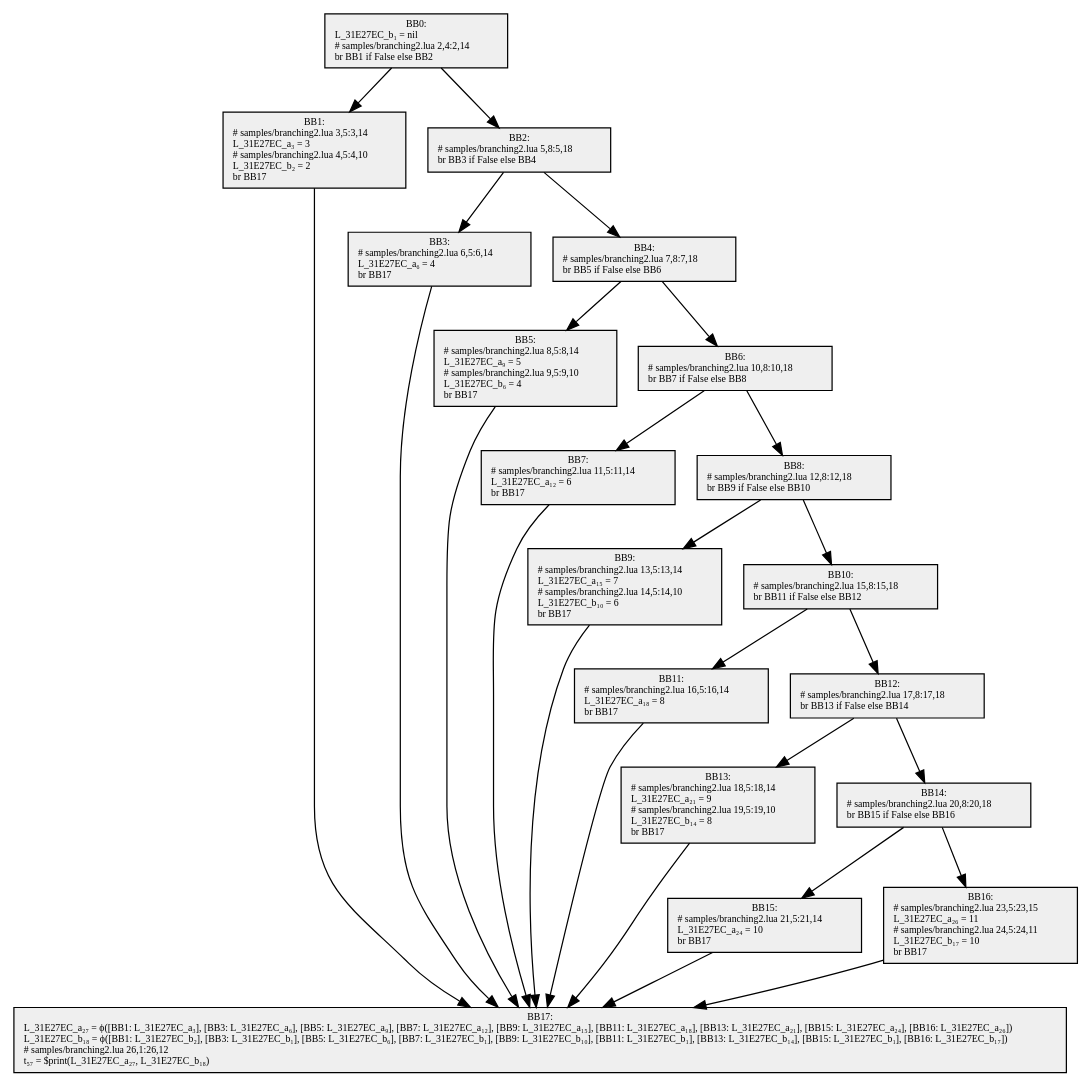
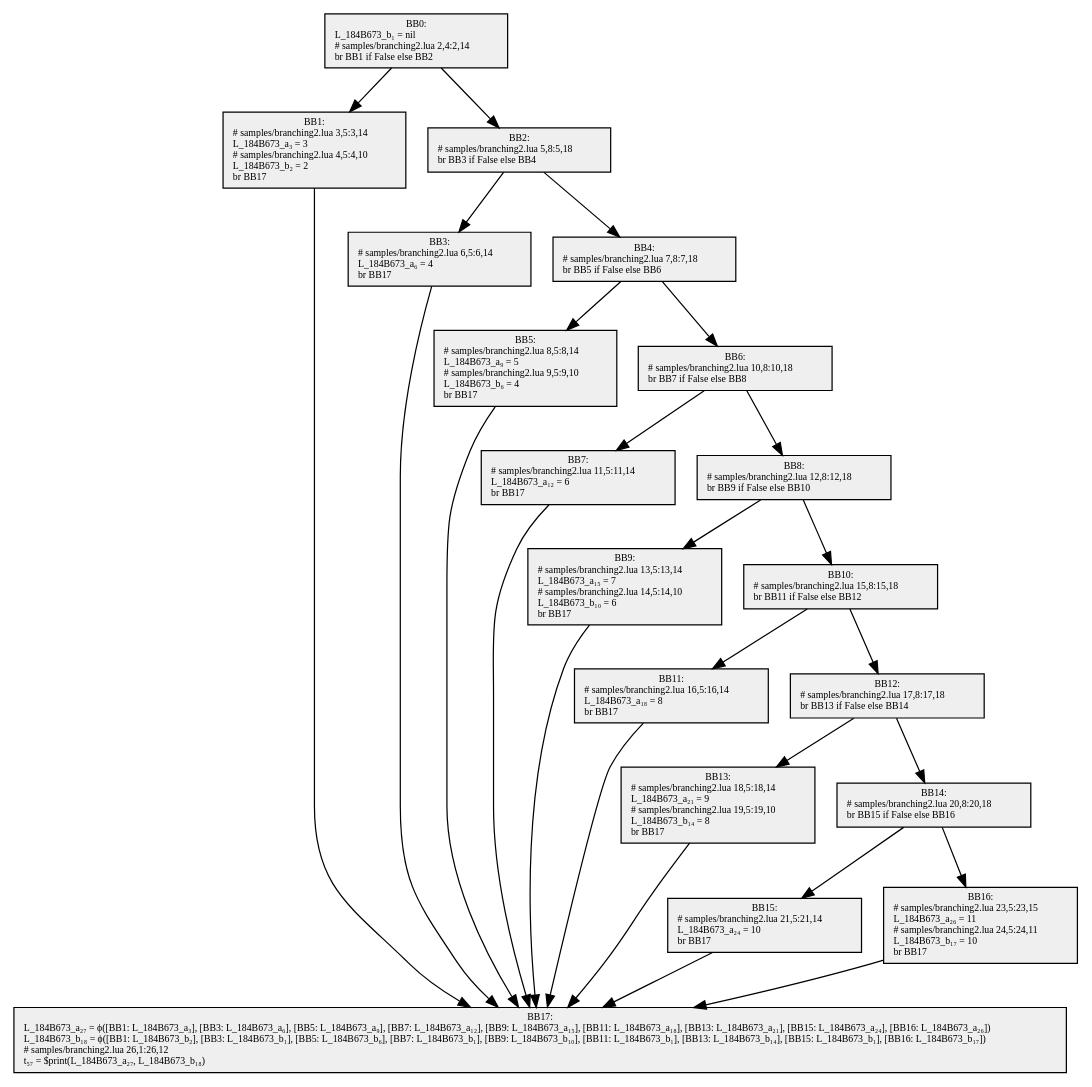
Before and after one commit to GGG-KILLER/SimpleCompiler: the diagram in src/SimpleCompiler.Cli/samples/obj/branching2.2.dot, drawn with Graphviz. The commit also changed 28 other files, not shown here.

```diff
--- a/src/SimpleCompiler.Cli/samples/obj/branching2.2.dot
+++ b/src/SimpleCompiler.Cli/samples/obj/branching2.2.dot
@@ -1,47 +1,47 @@
 digraph {
   node[shape=box style=filled fontsize=8 fontname="Cascadia Code" fillcolor="#efefef"];
-  BB0 [label="BB0:\nL_31E27EC_b₁ = nil\l# samples/branching2.lua 2,4:2,14\lbr BB1 if False else BB2\l"];
-  BB1 [label="BB1:\n# samples/branching2.lua 3,5:3,14\lL_31E27EC_a₃ = 3\l# samples/branching2.lua 4,5:4,10\lL_31E27EC_b₂ = 2\lbr BB17\l"];
+  BB0 [label="BB0:\nL_184B673_b₁ = nil\l# samples/branching2.lua 2,4:2,14\lbr BB1 if False else BB2\l"];
+  BB1 [label="BB1:\n# samples/branching2.lua 3,5:3,14\lL_184B673_a₃ = 3\l# samples/branching2.lua 4,5:4,10\lL_184B673_b₂ = 2\lbr BB17\l"];
   BB2 [label="BB2:\n# samples/branching2.lua 5,8:5,18\lbr BB3 if False else BB4\l"];
-  BB3 [label="BB3:\n# samples/branching2.lua 6,5:6,14\lL_31E27EC_a₆ = 4\lbr BB17\l"];
+  BB3 [label="BB3:\n# samples/branching2.lua 6,5:6,14\lL_184B673_a₆ = 4\lbr BB17\l"];
   BB4 [label="BB4:\n# samples/branching2.lua 7,8:7,18\lbr BB5 if False else BB6\l"];
-  BB5 [label="BB5:\n# samples/branching2.lua 8,5:8,14\lL_31E27EC_a₉ = 5\l# samples/branching2.lua 9,5:9,10\lL_31E27EC_b₆ = 4\lbr BB17\l"];
+  BB5 [label="BB5:\n# samples/branching2.lua 8,5:8,14\lL_184B673_a₉ = 5\l# samples/branching2.lua 9,5:9,10\lL_184B673_b₆ = 4\lbr BB17\l"];
   BB6 [label="BB6:\n# samples/branching2.lua 10,8:10,18\lbr BB7 if False else BB8\l"];
-  BB7 [label="BB7:\n# samples/branching2.lua 11,5:11,14\lL_31E27EC_a₁₂ = 6\lbr BB17\l"];
+  BB7 [label="BB7:\n# samples/branching2.lua 11,5:11,14\lL_184B673_a₁₂ = 6\lbr BB17\l"];
   BB8 [label="BB8:\n# samples/branching2.lua 12,8:12,18\lbr BB9 if False else BB10\l"];
-  BB9 [label="BB9:\n# samples/branching2.lua 13,5:13,14\lL_31E27EC_a₁₅ = 7\l# samples/branching2.lua 14,5:14,10\lL_31E27EC_b₁₀ = 6\lbr BB17\l"];
+  BB9 [label="BB9:\n# samples/branching2.lua 13,5:13,14\lL_184B673_a₁₅ = 7\l# samples/branching2.lua 14,5:14,10\lL_184B673_b₁₀ = 6\lbr BB17\l"];
   BB10 [label="BB10:\n# samples/branching2.lua 15,8:15,18\lbr BB11 if False else BB12\l"];
-  BB11 [label="BB11:\n# samples/branching2.lua 16,5:16,14\lL_31E27EC_a₁₈ = 8\lbr BB17\l"];
+  BB11 [label="BB11:\n# samples/branching2.lua 16,5:16,14\lL_184B673_a₁₈ = 8\lbr BB17\l"];
   BB12 [label="BB12:\n# samples/branching2.lua 17,8:17,18\lbr BB13 if False else BB14\l"];
-  BB13 [label="BB13:\n# samples/branching2.lua 18,5:18,14\lL_31E27EC_a₂₁ = 9\l# samples/branching2.lua 19,5:19,10\lL_31E27EC_b₁₄ = 8\lbr BB17\l"];
+  BB13 [label="BB13:\n# samples/branching2.lua 18,5:18,14\lL_184B673_a₂₁ = 9\l# samples/branching2.lua 19,5:19,10\lL_184B673_b₁₄ = 8\lbr BB17\l"];
   BB14 [label="BB14:\n# samples/branching2.lua 20,8:20,18\lbr BB15 if False else BB16\l"];
-  BB15 [label="BB15:\n# samples/branching2.lua 21,5:21,14\lL_31E27EC_a₂₄ = 10\lbr BB17\l"];
-  BB16 [label="BB16:\n# samples/branching2.lua 23,5:23,15\lL_31E27EC_a₂₆ = 11\l# samples/branching2.lua 24,5:24,11\lL_31E27EC_b₁₇ = 10\lbr BB17\l"];
-  BB17 [label="BB17:\nL_31E27EC_a₂₇ = ϕ([BB1: L_31E27EC_a₃], [BB3: L_31E27EC_a₆], [BB5: L_31E27EC_a₉], [BB7: L_31E27EC_a₁₂], [BB9: L_31E27EC_a₁₅], [BB11: L_31E27EC_a₁₈], [BB13: L_31E27EC_a₂₁], [BB15: L_31E27EC_a₂₄], [BB16: L_31E27EC_a₂₆])\lL_31E27EC_b₁₈ = ϕ([BB1: L_31E27EC_b₂], [BB3: L_31E27EC_b₁], [BB5: L_31E27EC_b₆], [BB7: L_31E27EC_b₁], [BB9: L_31E27EC_b₁₀], [BB11: L_31E27EC_b₁], [BB13: L_31E27EC_b₁₄], [BB15: L_31E27EC_b₁], [BB16: L_31E27EC_b₁₇])\l# samples/branching2.lua 26,1:26,12\lt₅₇ = $print(L_31E27EC_a₂₇, L_31E27EC_b₁₈)\l"];
+  BB15 [label="BB15:\n# samples/branching2.lua 21,5:21,14\lL_184B673_a₂₄ = 10\lbr BB17\l"];
+  BB16 [label="BB16:\n# samples/branching2.lua 23,5:23,15\lL_184B673_a₂₆ = 11\l# samples/branching2.lua 24,5:24,11\lL_184B673_b₁₇ = 10\lbr BB17\l"];
+  BB17 [label="BB17:\nL_184B673_a₂₇ = ϕ([BB1: L_184B673_a₃], [BB3: L_184B673_a₆], [BB5: L_184B673_a₉], [BB7: L_184B673_a₁₂], [BB9: L_184B673_a₁₅], [BB11: L_184B673_a₁₈], [BB13: L_184B673_a₂₁], [BB15: L_184B673_a₂₄], [BB16: L_184B673_a₂₆])\lL_184B673_b₁₈ = ϕ([BB1: L_184B673_b₂], [BB3: L_184B673_b₁], [BB5: L_184B673_b₆], [BB7: L_184B673_b₁], [BB9: L_184B673_b₁₀], [BB11: L_184B673_b₁], [BB13: L_184B673_b₁₄], [BB15: L_184B673_b₁], [BB16: L_184B673_b₁₇])\l# samples/branching2.lua 26,1:26,12\lt₅₇ = $print(L_184B673_a₂₇, L_184B673_b₁₈)\l"];
 
   BB0 -> BB1;
   BB0 -> BB2;
   BB2 -> BB3;
   BB2 -> BB4;
   BB4 -> BB5;
   BB4 -> BB6;
   BB6 -> BB7;
   BB6 -> BB8;
   BB8 -> BB9;
   BB8 -> BB10;
   BB10 -> BB11;
   BB10 -> BB12;
   BB12 -> BB13;
   BB12 -> BB14;
   BB14 -> BB15;
   BB14 -> BB16;
   BB1 -> BB17;
   BB3 -> BB17;
   BB5 -> BB17;
   BB7 -> BB17;
   BB9 -> BB17;
   BB11 -> BB17;
   BB13 -> BB17;
   BB15 -> BB17;
   BB16 -> BB17;
 }
```
